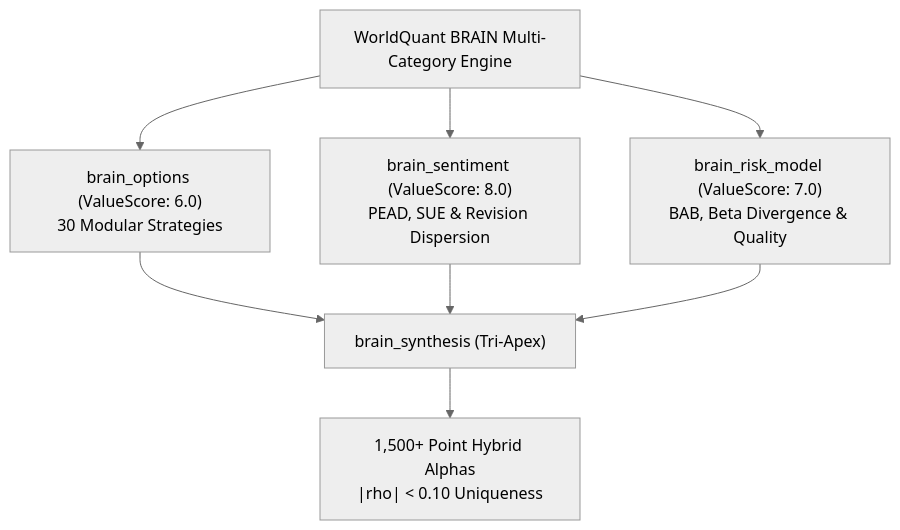
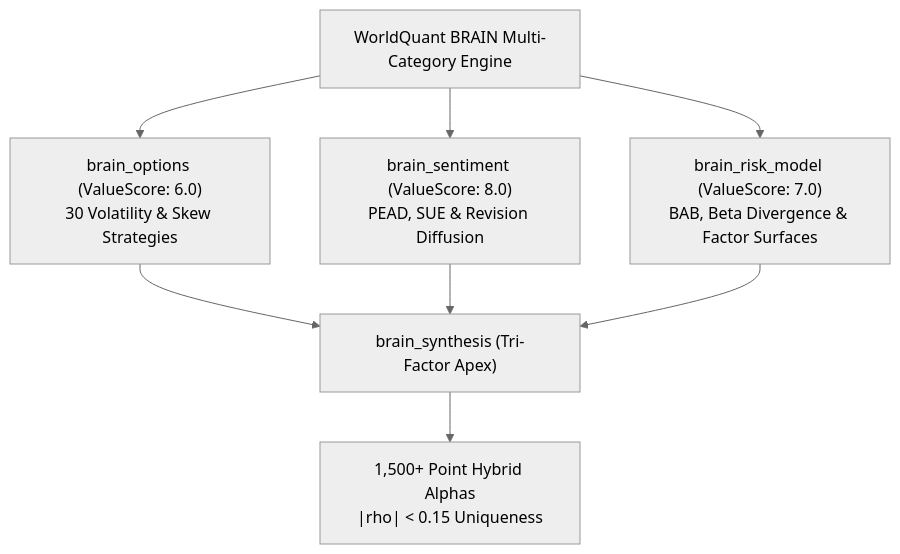
The diagram in README.md (Xtley001/brain-alpha-pipeline), drawn with Mermaid (neutral theme) before and after one commit. The commit also changed other lines of this file and 16 other files, not shown here.

Commit message:
Deploy modular Tri-Vault architecture across Options, Sentiment, and Risk Models

````diff
--- a/README.md
+++ b/README.md
@@ -39,10 +45,10 @@
 ```mermaid
 graph TD
-    A["WorldQuant BRAIN Multi-Category Engine"] --> B["brain_options (ValueScore: 6.0)<br/>30 Modular Strategies"]
-    A --> C["brain_sentiment (ValueScore: 8.0)<br/>PEAD, SUE & Revision Dispersion"]
-    A --> D["brain_risk_model (ValueScore: 7.0)<br/>BAB, Beta Divergence & Quality"]
-    B --> E["brain_synthesis (Tri-Apex)"]
+    A["WorldQuant BRAIN Multi-Category Engine"] --> B["brain_options (ValueScore: 6.0)<br/>30 Volatility & Skew Strategies"]
+    A --> C["brain_sentiment (ValueScore: 8.0)<br/>PEAD, SUE & Revision Diffusion"]
+    A --> D["brain_risk_model (ValueScore: 7.0)<br/>BAB, Beta Divergence & Factor Surfaces"]
+    B --> E["brain_synthesis (Tri-Factor Apex)"]
     C --> E
     D --> E
-    E --> F["1,500+ Point Hybrid Alphas<br/>|rho| < 0.10 Uniqueness"]
+    E --> F["1,500+ Point Hybrid Alphas<br/>|rho| < 0.15 Uniqueness"]
 ```
````
